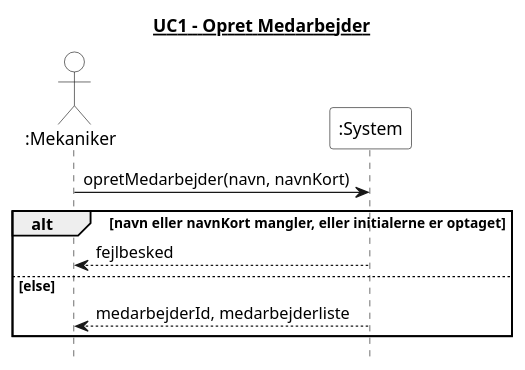
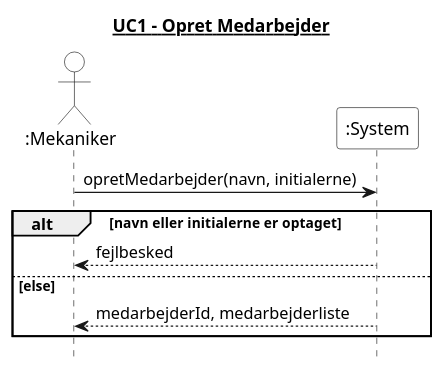
One commit to Zoabz/Getting-Real changed the diagram in 4. System Sekvens Diagram/UC1_opret_medarbejder.puml. Above: the diagram before and after it, drawn with PlantUML. The commit also changed 9 other files, not shown here.

```diff
--- a/4. System Sekvens Diagram/UC1_opret_medarbejder.puml
+++ b/4. System Sekvens Diagram/UC1_opret_medarbejder.puml
@@ -1,25 +1,25 @@
 @startuml
 title <u>UC1 - Opret Medarbejder</u>
 hide footbox
 skinparam monochrome true
 skinparam shadowing false
 skinparam backgroundColor white
 skinparam actor {
   BackgroundColor white
 }
 skinparam participant {
   BackgroundColor white
 }
 
 actor ":Mekaniker"
 participant ":System" as System
 
-":Mekaniker" -> System : opretMedarbejder(navn, navnKort)
+":Mekaniker" -> System : opretMedarbejder(navn, initialerne)
 
-alt navn eller navnKort mangler, eller initialerne er optaget
+alt navn eller  initialerne er optaget
   System --> ":Mekaniker" : fejlbesked
 else else
   System --> ":Mekaniker" : medarbejderId, medarbejderliste
 end
 
 @enduml
```
